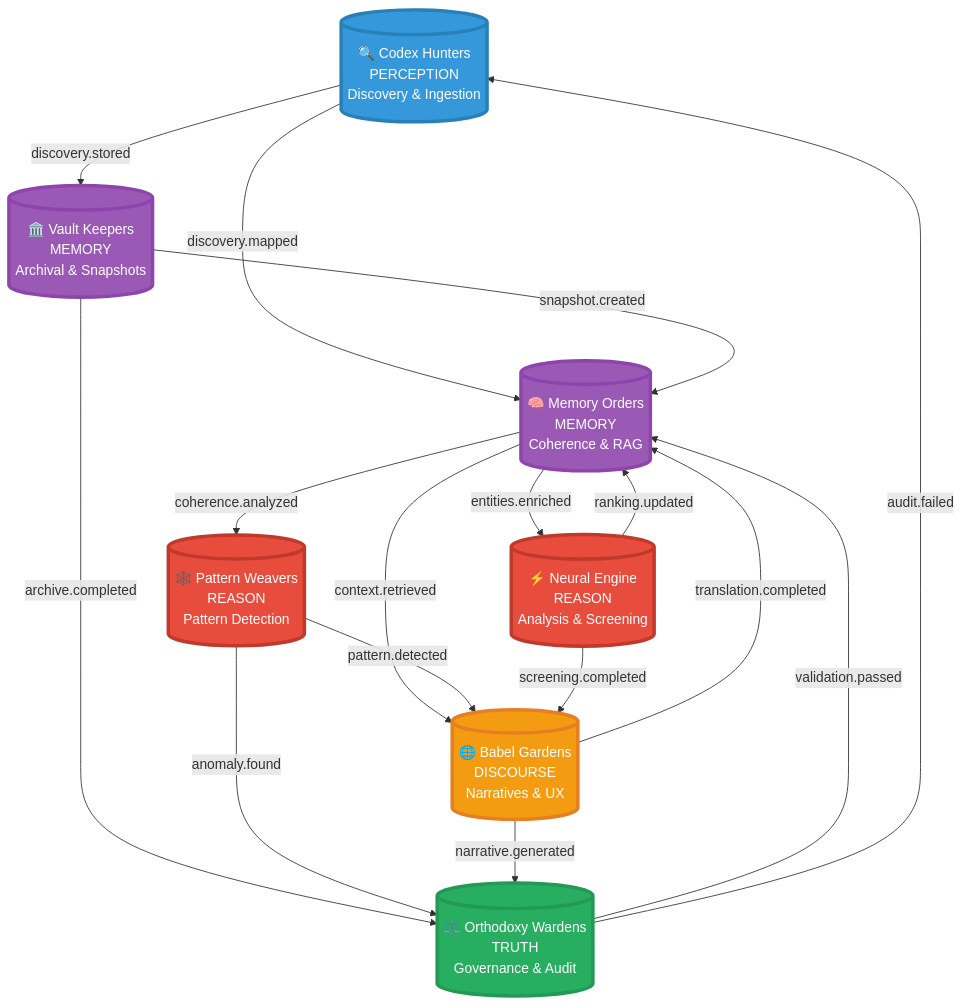
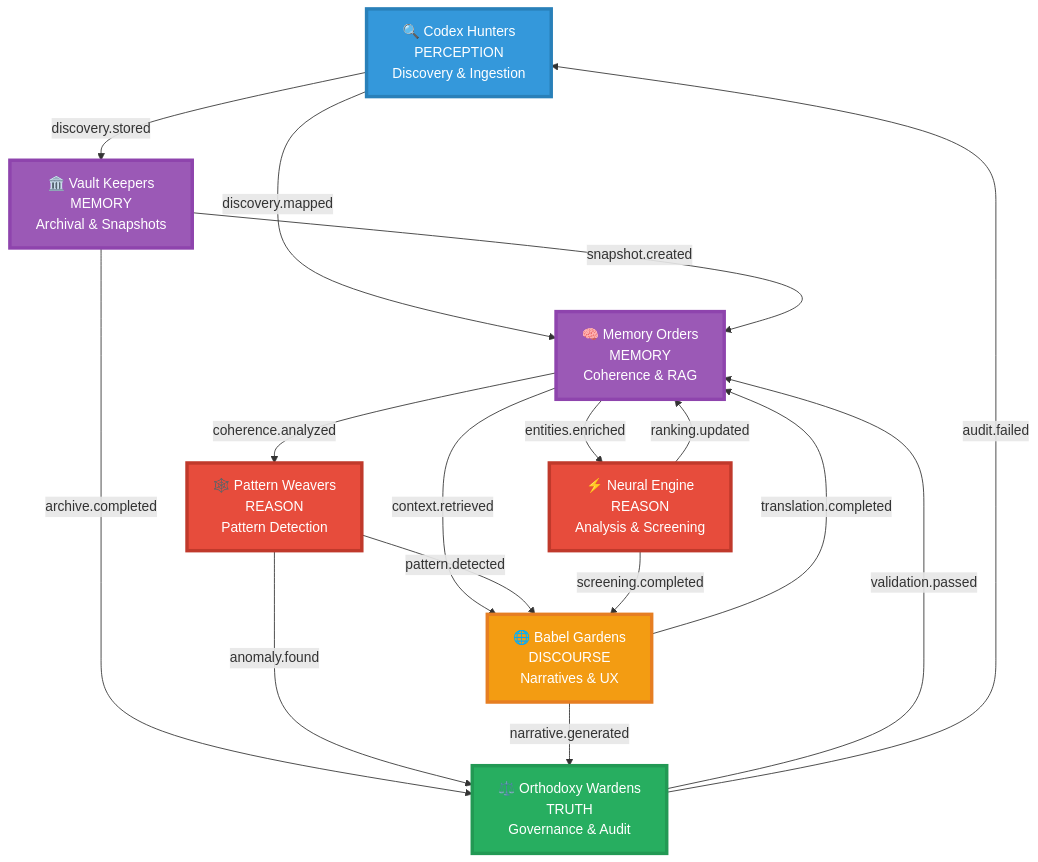
Before and after one commit to vitruvyan/vitruvyan-core: the diagram in infrastructure/docker/monitoring/grafana/synaptic_conclave_topology.mmd, drawn with Mermaid. The commit also changed 87 other files, not shown here.

```diff
--- a/infrastructure/docker/monitoring/grafana/synaptic_conclave_topology.mmd
+++ b/infrastructure/docker/monitoring/grafana/synaptic_conclave_topology.mmd
@@ -1,55 +1,55 @@
 graph TB
     %% Sacred Orders Network Topology
     
     %% Perception Layer
-    codex[("🔍 Codex Hunters<br/>PERCEPTION<br/>Discovery & Ingestion")]
+    codex["🔍 Codex Hunters<br/>PERCEPTION<br/>Discovery & Ingestion"]
     
     %% Memory Layer
-    memory[("🧠 Memory Orders<br/>MEMORY<br/>Coherence & RAG")]
-    vault[("🏛️ Vault Keepers<br/>MEMORY<br/>Archival & Snapshots")]
+    memory["🧠 Memory Orders<br/>MEMORY<br/>Coherence & RAG"]
+    vault["🏛️ Vault Keepers<br/>MEMORY<br/>Archival & Snapshots"]
     
     %% Reason Layer
-    pattern[("🕸️ Pattern Weavers<br/>REASON<br/>Pattern Detection")]
-    neural[("⚡ Neural Engine<br/>REASON<br/>Analysis & Screening")]
+    pattern["🕸️ Pattern Weavers<br/>REASON<br/>Pattern Detection"]
+    neural["⚡ Neural Engine<br/>REASON<br/>Analysis & Screening"]
     
     %% Discourse Layer
-    babel[("🌐 Babel Gardens<br/>DISCOURSE<br/>Narratives & UX")]
+    babel["🌐 Babel Gardens<br/>DISCOURSE<br/>Narratives & UX"]
     
     %% Truth Layer
-    orthodoxy[("⚖️ Orthodoxy Wardens<br/>TRUTH<br/>Governance & Audit")]
+    orthodoxy["⚖️ Orthodoxy Wardens<br/>TRUTH<br/>Governance & Audit"]
     
     %% Stream Connections (Data Flow)
     codex -->|discovery.mapped| memory
     codex -->|discovery.stored| vault
     
     memory -->|coherence.analyzed| pattern
     memory -->|entities.enriched| neural
     memory -->|context.retrieved| babel
     
     vault -->|archive.completed| orthodoxy
     vault -->|snapshot.created| memory
     
     pattern -->|pattern.detected| babel
     pattern -->|anomaly.found| orthodoxy
     
     neural -->|screening.completed| babel
     neural -->|ranking.updated| memory
     
     babel -->|narrative.generated| orthodoxy
     babel -->|translation.completed| memory
     
     orthodoxy -->|validation.passed| memory
     orthodoxy -->|audit.failed| codex
     
     %% Styling
     classDef perception fill:#3498db,stroke:#2980b9,stroke-width:4px,color:#fff
     classDef memory fill:#9b59b6,stroke:#8e44ad,stroke-width:4px,color:#fff
     classDef reason fill:#e74c3c,stroke:#c0392b,stroke-width:4px,color:#fff
     classDef discourse fill:#f39c12,stroke:#e67e22,stroke-width:4px,color:#fff
     classDef truth fill:#27ae60,stroke:#229954,stroke-width:4px,color:#fff
     
     class codex perception
     class memory,vault memory
     class pattern,neural reason
     class babel discourse
     class orthodoxy truth
```
